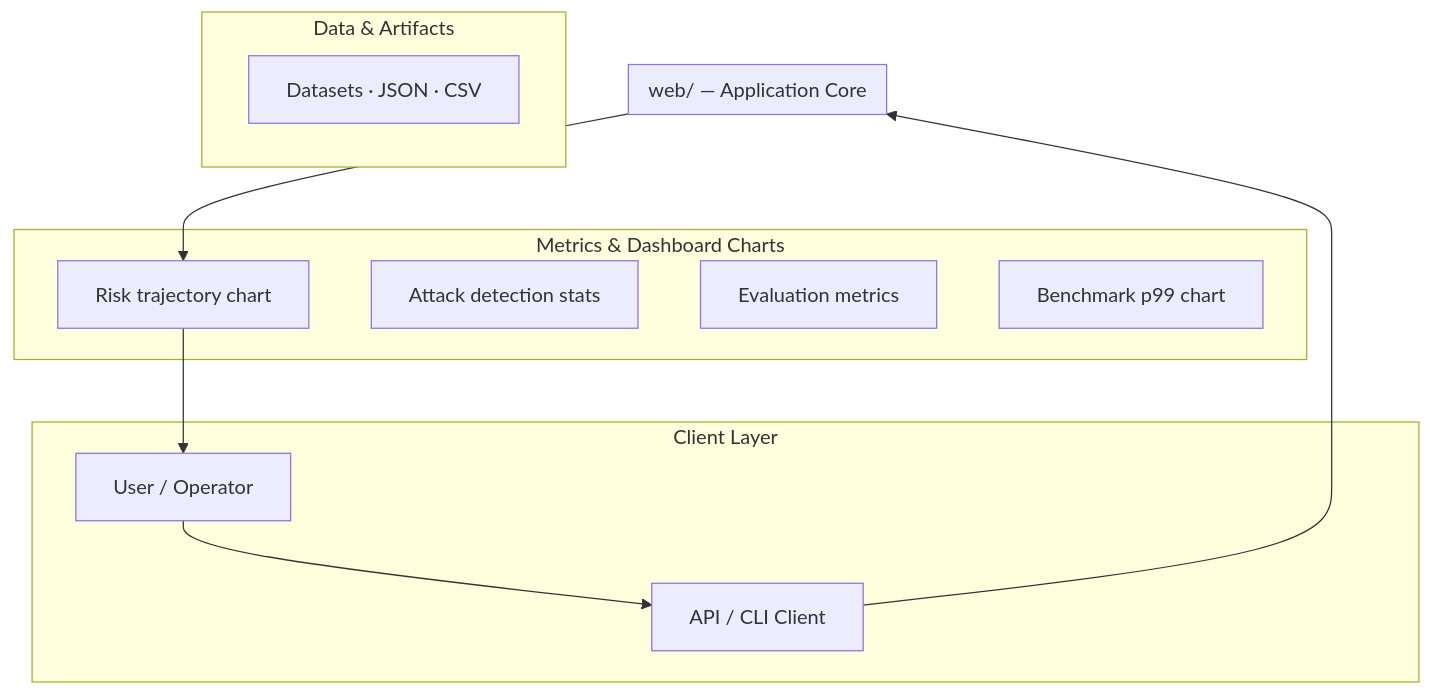
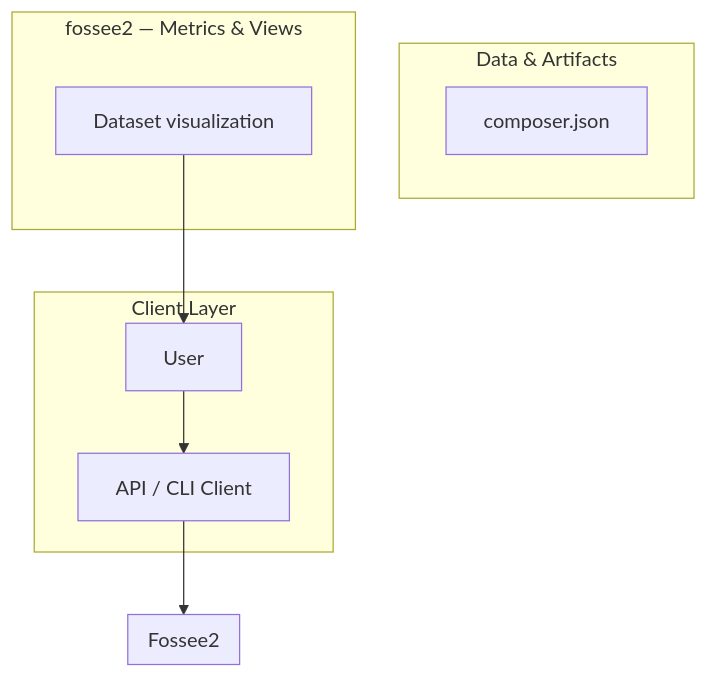
One commit to Punyamittal/fossee2 changed the first of 3 diagrams in README.md. Above: the diagram before and after it, drawn with Mermaid. The commit also changed other lines of this file, not shown here.

````diff
--- a/README.md
+++ b/README.md
@@ -281,26 +281,22 @@
 ```mermaid
 graph TB
     subgraph Client["Client Layer"]
-        user["User / Operator"]
+        user["User"]
         api_client["API / CLI Client"]
     end
 
-    subgraph Core["web/ — Application Core"]
+    subgraph Core["Fossee2"]
     end
 
     subgraph Data["Data & Artifacts"]
-        datasets["Datasets · JSON · CSV"]
+        d0["composer.json"]
     end
 
-    subgraph Charts["Metrics & Dashboard Charts"]
-        risk_trajectory["Risk trajectory chart"]
-        attack_stats["Attack detection stats"]
-        eval_metrics["Evaluation metrics"]
-        benchmark_p99["Benchmark p99 chart"]
+    subgraph Charts["fossee2 — Metrics & Views"]
+        dataset_viz["Dataset visualization"]
     end
 
     user --> api_client
     api_client --> Core
-    Core --> risk_trajectory
-    risk_trajectory --> user
+    dataset_viz --> user
 ```
````
